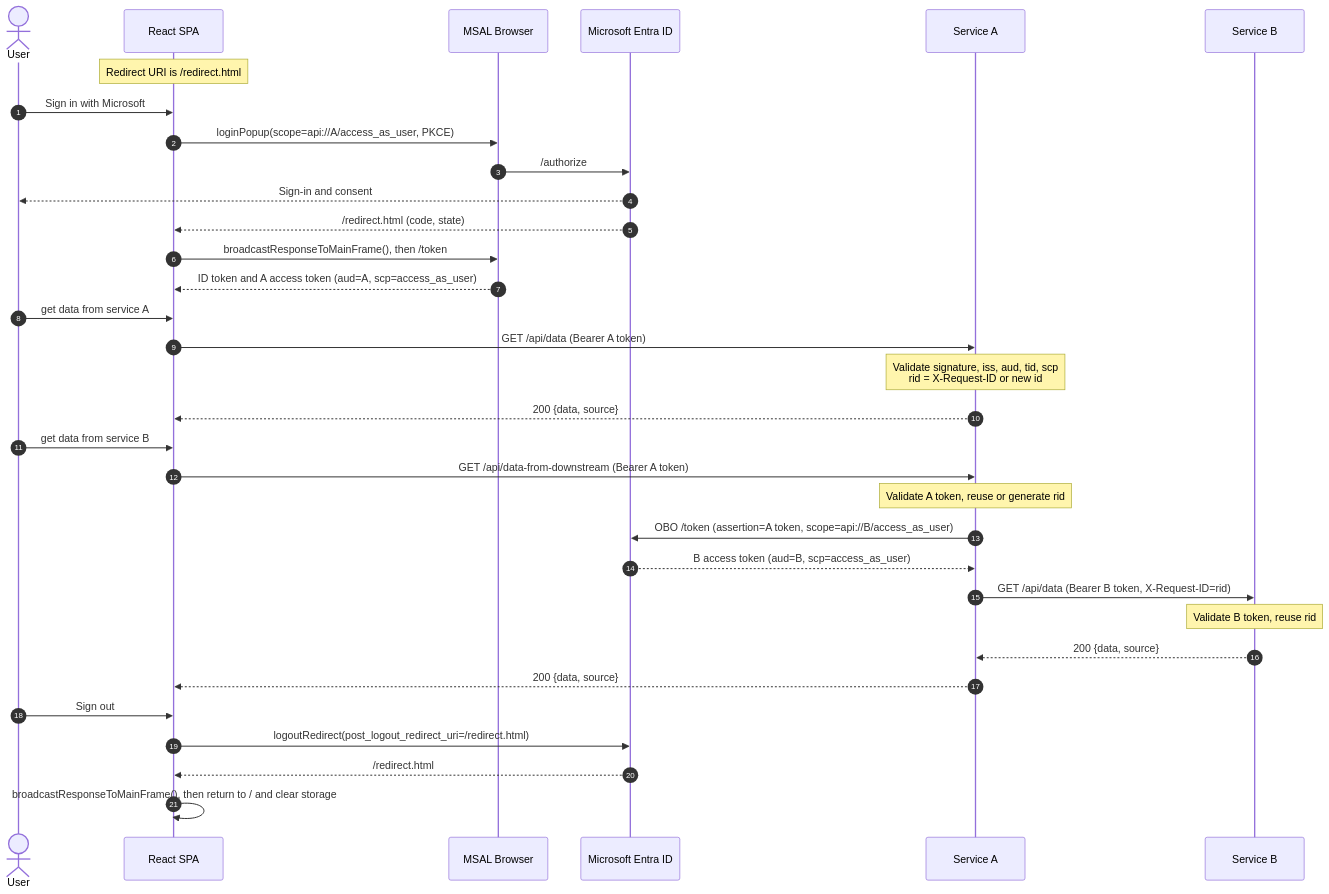
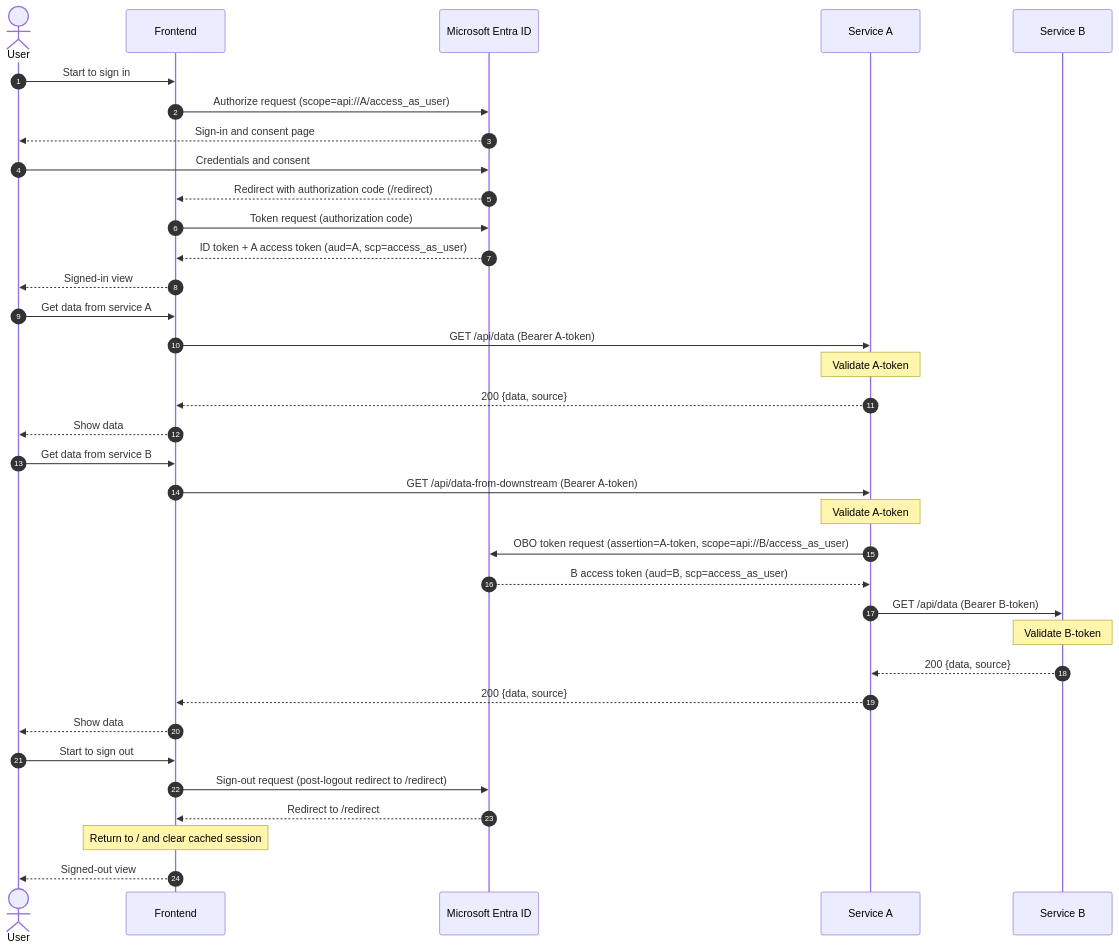
Before and after one commit to wushaobo/microsoft-entra-id-obo-demo: the diagram in README.md, drawn with Mermaid. The commit also changed other lines of this file and 3 other files, not shown here.

Commit message:
update the README, and use /redirect path instead of /redirect.html

````diff
--- a/README.md
+++ b/README.md
@@ -20,39 +20,41 @@
 ```mermaid
 sequenceDiagram
     autonumber
     actor User
-    participant SPA as React SPA
-    participant MSAL as MSAL Browser
+    participant SPA as Frontend
     participant Entra as Microsoft Entra ID
     participant A as Service A
     participant B as Service B
 
-    Note over SPA: Redirect URI is /redirect.html
-    User->>SPA: Sign in with Microsoft
-    SPA->>MSAL: loginPopup(scope=api://A/access_as_user, PKCE)
-    MSAL->>Entra: /authorize
-    Entra-->>User: Sign-in and consent
-    Entra-->>SPA: /redirect.html (code, state)
-    SPA->>MSAL: broadcastResponseToMainFrame(), then /token
-    MSAL-->>SPA: ID token and A access token (aud=A, scp=access_as_user)
+    User->>SPA: Start to sign in
+    SPA->>Entra: Authorize request (scope=api://A/access_as_user)
+    Entra-->>User: Sign-in and consent page
+    User->>Entra: Credentials and consent
+    Entra-->>SPA: Redirect with authorization code (/redirect)
+    SPA->>Entra: Token request (authorization code)
+    Entra-->>SPA: ID token + A access token (aud=A, scp=access_as_user)
+    SPA-->>User: Signed-in view
 
-    User->>SPA: get data from service A
-    SPA->>A: GET /api/data (Bearer A token)
-    Note over A: Validate signature, iss, aud, tid, scp<br/>rid = X-Request-ID or new id
+    User->>SPA: Get data from service A
+    SPA->>A: GET /api/data (Bearer A-token)
+    Note over A: Validate A-token
     A-->>SPA: 200 {data, source}
+    SPA-->>User: Show data
 
-    User->>SPA: get data from service B
-    SPA->>A: GET /api/data-from-downstream (Bearer A token)
-    Note over A: Validate A token, reuse or generate rid
-    A->>Entra: OBO /token (assertion=A token, scope=api://B/access_as_user)
+    User->>SPA: Get data from service B
+    SPA->>A: GET /api/data-from-downstream (Bearer A-token)
+    Note over A: Validate A-token
+    A->>Entra: OBO token request (assertion=A-token, scope=api://B/access_as_user)
     Entra-->>A: B access token (aud=B, scp=access_as_user)
-    A->>B: GET /api/data (Bearer B token, X-Request-ID=rid)
-    Note over B: Validate B token, reuse rid
+    A->>B: GET /api/data (Bearer B-token)
+    Note over B: Validate B-token
     B-->>A: 200 {data, source}
     A-->>SPA: 200 {data, source}
+    SPA-->>User: Show data
 
-    User->>SPA: Sign out
-    SPA->>Entra: logoutRedirect(post_logout_redirect_uri=/redirect.html)
-    Entra-->>SPA: /redirect.html
-    SPA->>SPA: broadcastResponseToMainFrame(), then return to / and clear storage
+    User->>SPA: Start to sign out
+    SPA->>Entra: Sign-out request (post-logout redirect to /redirect)
+    Entra-->>SPA: Redirect to /redirect
+    Note over SPA: Return to / and clear cached session
+    SPA-->>User: Signed-out view
 ```
````
